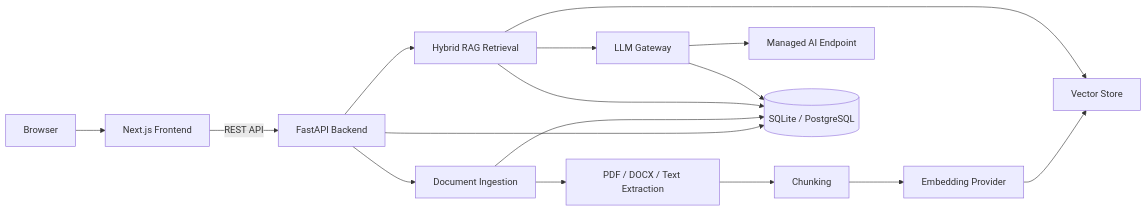
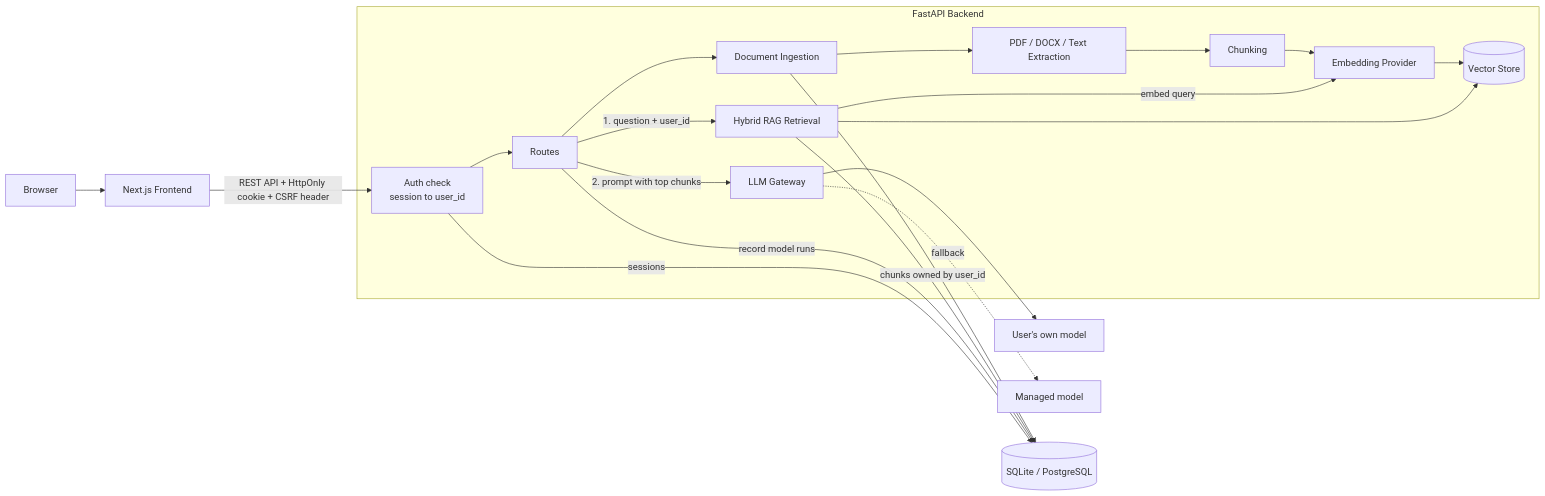
The diagram in README.md (kavindamihiran/AI-Study-Assistant), drawn with Mermaid before and after one commit.

Commit message:
Correct the README architecture diagram
Routes orchestrate retrieval and the gateway, retrieval embeds the
query, model runs are recorded by the routes rather than the gateway,
and the auth check and per-user model fallback are now shown.

````diff
--- a/README.md
+++ b/README.md
@@ -52,21 +52,28 @@
 ```mermaid
 flowchart LR
     U[Browser] --> F[Next.js Frontend]
-    F -->|REST API| A[FastAPI Backend]
+    F -->|REST API + HttpOnly cookie + CSRF header| AUTH
 
-    A --> D[Document Ingestion]
-    D --> X[PDF / DOCX / Text Extraction]
-    X --> C[Chunking]
-    C --> E[Embedding Provider]
-    E --> V[Vector Store]
+    subgraph API[FastAPI Backend]
+        AUTH[Auth check<br/>session to user_id] --> RT[Routes]
 
-    A --> R[Hybrid RAG Retrieval]
-    R --> V
-    R --> G[LLM Gateway]
-    G --> L[Managed AI Endpoint]
+        RT --> D[Document Ingestion]
+        D --> X[PDF / DOCX / Text Extraction]
+        X --> C[Chunking]
+        C --> E[Embedding Provider]
+        E --> V[(Vector Store)]
 
-    A --> DB[(SQLite / PostgreSQL)]
-    D --> DB
-    R --> DB
-    G --> DB
+        RT -->|1. question + user_id| R[Hybrid RAG Retrieval]
+        R -->|embed query| E
+        R --> V
+        RT -->|2. prompt with top chunks| G[LLM Gateway]
+    end
+
+    G --> L1[User's own model]
+    G -. fallback .-> L2[Managed model]
+
+    D --> DB[(SQLite / PostgreSQL)]
+    R -->|chunks owned by user_id| DB
+    RT -->|record model runs| DB
+    AUTH -->|sessions| DB
 ```
````
